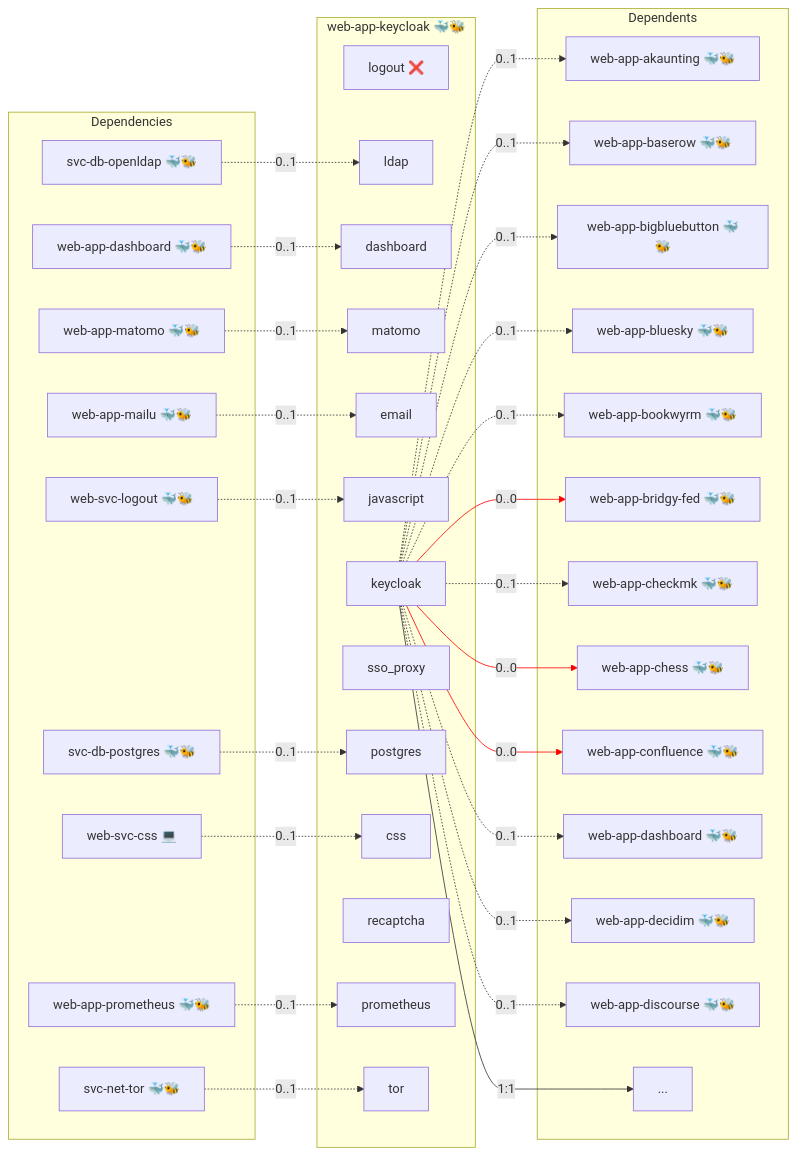
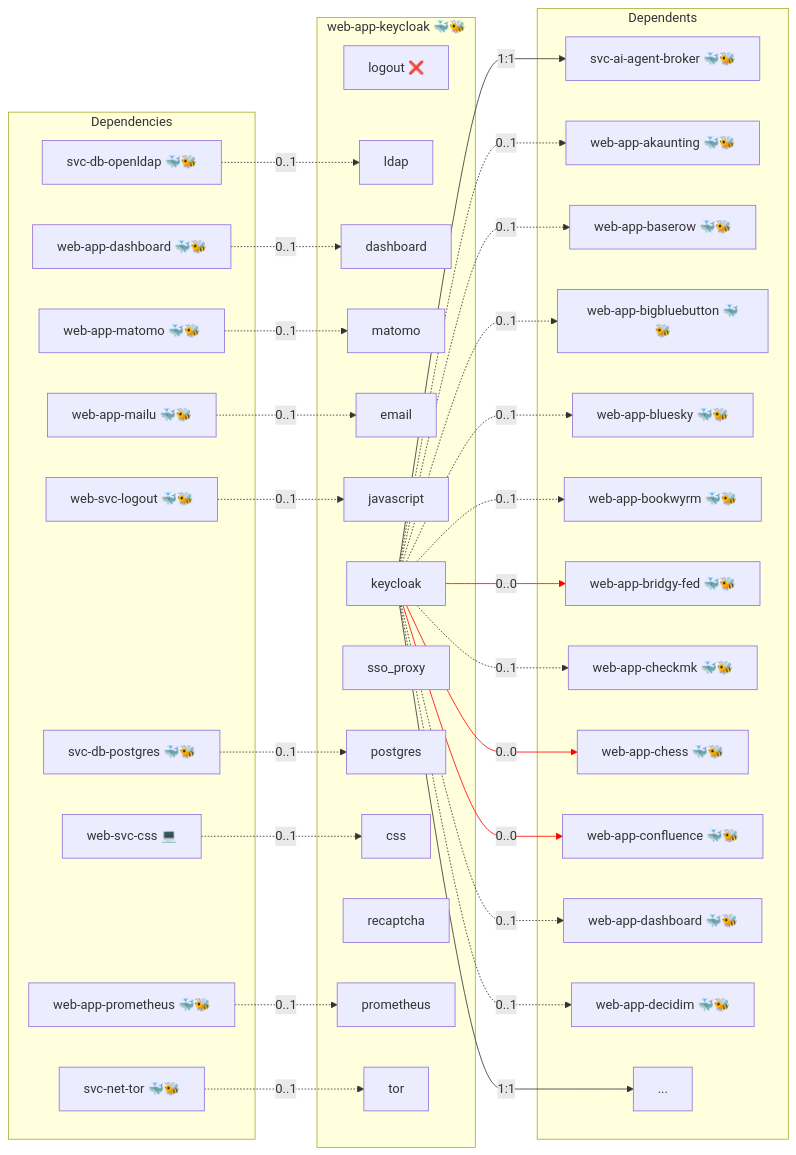
Before and after one commit to infinito-nexus/core: the diagram in roles/web-app-keycloak/README.md, drawn with Mermaid. The commit also changed 2 other files, not shown here.

````diff
--- a/roles/web-app-keycloak/README.md
+++ b/roles/web-app-keycloak/README.md
@@ -15,67 +15,67 @@
 ```mermaid
 flowchart LR
     subgraph deps [Dependencies]
         dep_svc_db_openldap["svc-db-openldap 🐳🐝"]
         dep_svc_db_postgres["svc-db-postgres 🐳🐝"]
         dep_svc_net_tor["svc-net-tor 🐳🐝"]
         dep_web_app_dashboard["web-app-dashboard 🐳🐝"]
         dep_web_app_mailu["web-app-mailu 🐳🐝"]
         dep_web_app_matomo["web-app-matomo 🐳🐝"]
         dep_web_app_prometheus["web-app-prometheus 🐳🐝"]
         dep_web_svc_css["web-svc-css 💻"]
         dep_web_svc_logout["web-svc-logout 🐳🐝"]
     end
     subgraph role [web-app-keycloak 🐳🐝]
         svc_logout["logout ❌"]
         svc_ldap["ldap"]
         svc_dashboard["dashboard"]
         svc_matomo["matomo"]
         svc_email["email"]
         svc_javascript["javascript"]
         svc_keycloak["keycloak"]
         svc_sso_proxy["sso_proxy"]
         svc_postgres["postgres"]
         svc_css["css"]
         svc_recaptcha["recaptcha"]
         svc_prometheus["prometheus"]
         svc_tor["tor"]
     end
     subgraph dependents [Dependents]
+        dpt_svc_ai_agent_broker["svc-ai-agent-broker 🐳🐝"]
         dpt_web_app_akaunting["web-app-akaunting 🐳🐝"]
         dpt_web_app_baserow["web-app-baserow 🐳🐝"]
         dpt_web_app_bigbluebutton["web-app-bigbluebutton 🐳🐝"]
         dpt_web_app_bluesky["web-app-bluesky 🐳🐝"]
         dpt_web_app_bookwyrm["web-app-bookwyrm 🐳🐝"]
         dpt_web_app_bridgy_fed["web-app-bridgy-fed 🐳🐝"]
         dpt_web_app_checkmk["web-app-checkmk 🐳🐝"]
         dpt_web_app_chess["web-app-chess 🐳🐝"]
         dpt_web_app_confluence["web-app-confluence 🐳🐝"]
         dpt_web_app_dashboard["web-app-dashboard 🐳🐝"]
         dpt_web_app_decidim["web-app-decidim 🐳🐝"]
-        dpt_web_app_discourse["web-app-discourse 🐳🐝"]
         dpt_more["..."]
     end
     dep_svc_db_openldap -. "0..1" .-> svc_ldap
     dep_svc_db_postgres -. "0..1" .-> svc_postgres
     dep_svc_net_tor -. "0..1" .-> svc_tor
     dep_web_app_dashboard -. "0..1" .-> svc_dashboard
     dep_web_app_mailu -. "0..1" .-> svc_email
     dep_web_app_matomo -. "0..1" .-> svc_matomo
     dep_web_app_prometheus -. "0..1" .-> svc_prometheus
     dep_web_svc_css -. "0..1" .-> svc_css
     dep_web_svc_logout -. "0..1" .-> svc_javascript
     svc_keycloak -- "1:1" --> dpt_more
+    svc_keycloak -- "1:1" --> dpt_svc_ai_agent_broker
     svc_keycloak -. "0..1" .-> dpt_web_app_akaunting
     svc_keycloak -. "0..1" .-> dpt_web_app_baserow
     svc_keycloak -. "0..1" .-> dpt_web_app_bigbluebutton
     svc_keycloak -. "0..1" .-> dpt_web_app_bluesky
     svc_keycloak -. "0..1" .-> dpt_web_app_bookwyrm
     svc_keycloak -- "0..0" --> dpt_web_app_bridgy_fed
     svc_keycloak -. "0..1" .-> dpt_web_app_checkmk
     svc_keycloak -- "0..0" --> dpt_web_app_chess
     svc_keycloak -- "0..0" --> dpt_web_app_confluence
     svc_keycloak -. "0..1" .-> dpt_web_app_dashboard
     svc_keycloak -. "0..1" .-> dpt_web_app_decidim
-    svc_keycloak -. "0..1" .-> dpt_web_app_discourse
-    linkStyle 15,17,18 stroke:red;
+    linkStyle 16,18,19 stroke:red;
 ```
````
